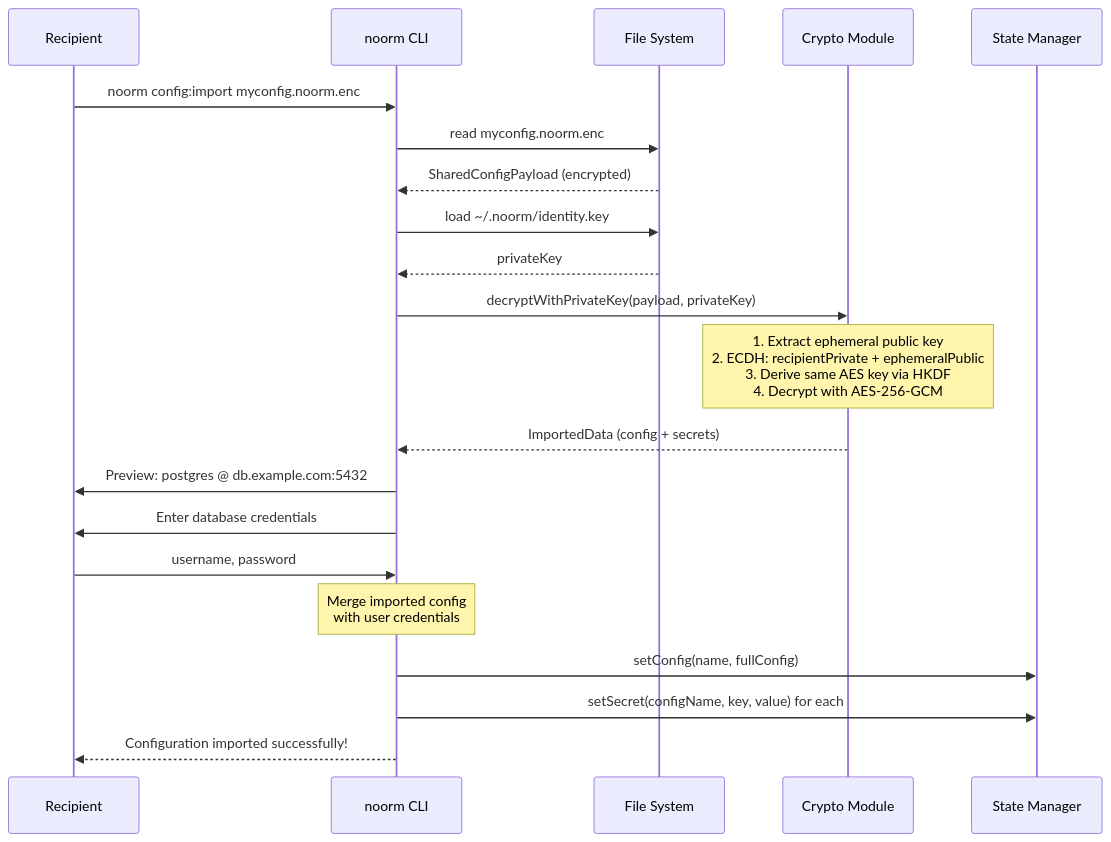
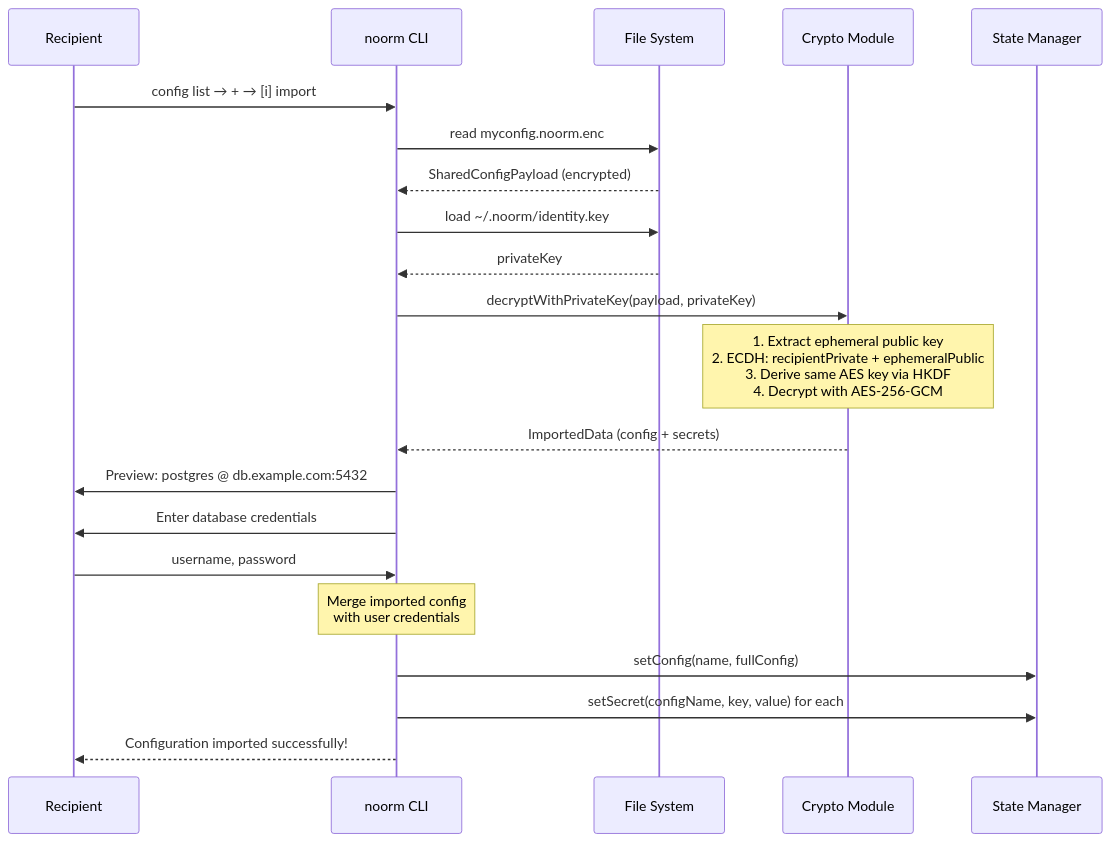
The third of 4 diagrams in docs/dev/config-sharing.md (noormdev/noorm), drawn with Mermaid before and after one commit. The commit also changed other lines of this file and 69 other files, not shown here.

````diff
--- a/docs/dev/config-sharing.md
+++ b/docs/dev/config-sharing.md
@@ -109,32 +114,32 @@
 ```mermaid
 sequenceDiagram
     participant User as Recipient
     participant CLI as noorm CLI
     participant FS as File System
     participant Crypto as Crypto Module
     participant State as State Manager
 
-    User->>CLI: noorm config:import myconfig.noorm.enc
+    User->>CLI: config list → + → [i] import
     CLI->>FS: read myconfig.noorm.enc
     FS-->>CLI: SharedConfigPayload (encrypted)
 
     CLI->>FS: load ~/.noorm/identity.key
     FS-->>CLI: privateKey
 
     CLI->>Crypto: decryptWithPrivateKey(payload, privateKey)
 
     Note over Crypto: 1. Extract ephemeral public key<br/>2. ECDH: recipientPrivate + ephemeralPublic<br/>3. Derive same AES key via HKDF<br/>4. Decrypt with AES-256-GCM
 
     Crypto-->>CLI: ImportedData (config + secrets)
 
     CLI->>User: Preview: postgres @ db.example.com:5432
     CLI->>User: Enter database credentials
     User->>CLI: username, password
 
     Note over CLI: Merge imported config<br/>with user credentials
 
     CLI->>State: setConfig(name, fullConfig)
     CLI->>State: setSecret(configName, key, value) for each
 
     CLI-->>User: Configuration imported successfully!
 ```
````
